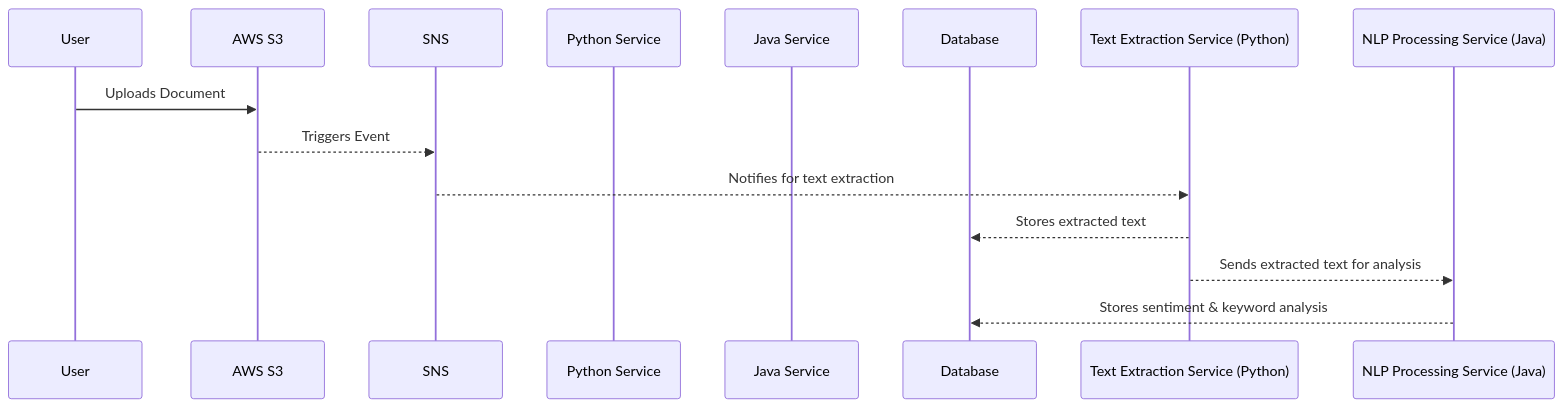
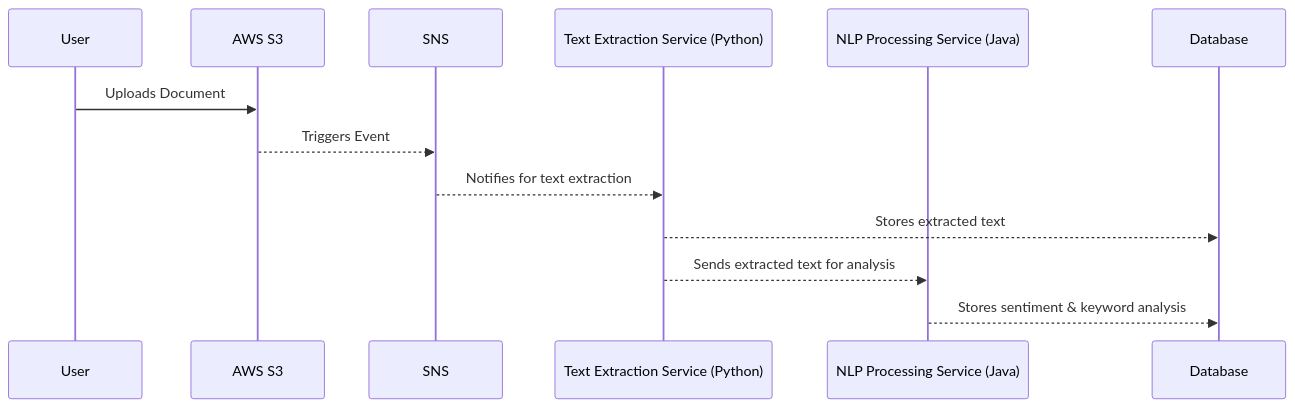
One commit to thinpyai/event-driven-docs changed the diagram in README.md. Above: the diagram before and after it, drawn with Mermaid.

Commit message:
Update README.md
Fix error.

````diff
--- a/README.md
+++ b/README.md
@@ -19,16 +19,16 @@
 ```mermaid
 sequenceDiagram
     participant User
     participant AWS S3
     participant SNS
-    participant Python Service
-    participant Java Service
+    participant Text Extraction Service (Python)
+    participant NLP Processing Service (Java)
     participant Database
 
     User->>AWS S3: Uploads Document
     AWS S3-->>SNS: Triggers Event
     SNS-->>Text Extraction Service (Python): Notifies for text extraction
     Text Extraction Service (Python)-->>Database: Stores extracted text
     Text Extraction Service (Python)-->>NLP Processing Service (Java): Sends extracted text for analysis
     NLP Processing Service (Java)-->>Database: Stores sentiment & keyword analysis
 ```
````
